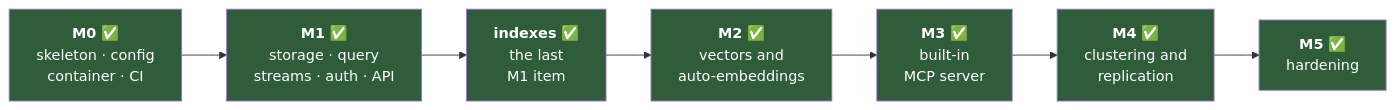
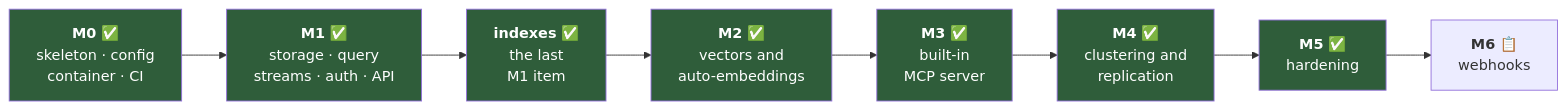
One commit to titusai-io/kimmydb changed the first of 4 diagrams in docs/roadmap.md. Above: the diagram before and after it, drawn with Mermaid. The commit also changed other lines of this file and 2 other files, not shown here.

````diff
--- a/docs/roadmap.md
+++ b/docs/roadmap.md
@@ -12,20 +12,21 @@
 ```mermaid
 graph LR
     M0["<b>M0</b> ✅<br/>skeleton · config<br/>container · CI"]
     M1["<b>M1</b> ✅<br/>storage · query<br/>streams · auth · API"]
     IDX["<b>indexes</b> ✅<br/>the last<br/>M1 item"]
     M2["<b>M2</b> ✅<br/>vectors and<br/>auto-embeddings"]
     M3["<b>M3</b> ✅<br/>built-in<br/>MCP server"]
     M4["<b>M4</b> ✅<br/>clustering and<br/>replication"]
     M5["<b>M5</b> ✅<br/>hardening"]
+    M6["<b>M6</b> 📋<br/>webhooks"]
 
-    M0 --> M1 --> IDX --> M2 --> M3 --> M4 --> M5
+    M0 --> M1 --> IDX --> M2 --> M3 --> M4 --> M5 --> M6
 
     style M0 fill:#2f5d3a,color:#fff
     style M1 fill:#2f5d3a,color:#fff
     style IDX fill:#2f5d3a,color:#fff
     style M2 fill:#2f5d3a,color:#fff
     style M3 fill:#2f5d3a,color:#fff
     style M4 fill:#2f5d3a,color:#fff
     style M5 fill:#2f5d3a,color:#fff
 ```
````
